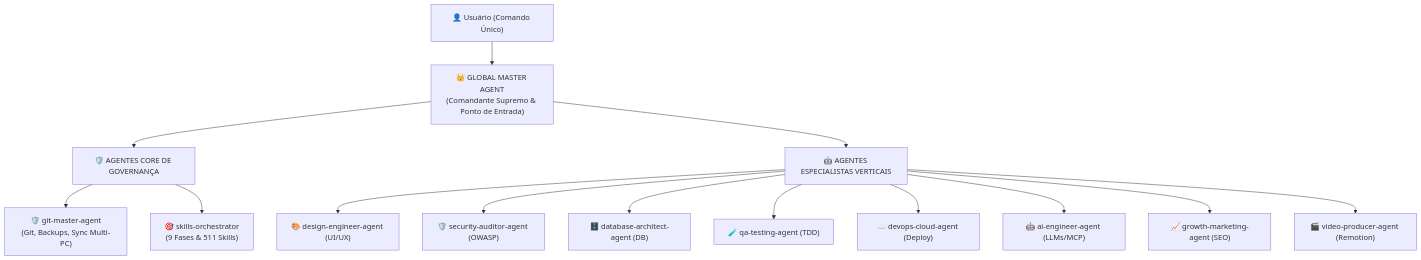
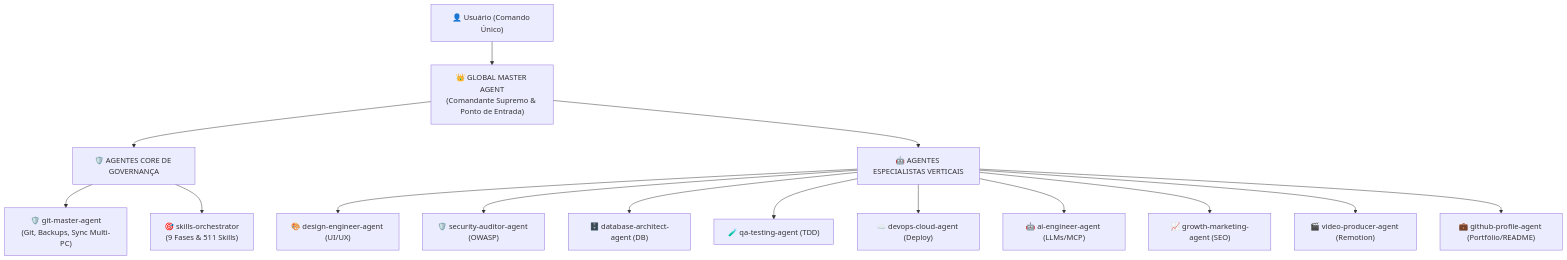
Before and after one commit to Henrique1601/SkiilsToIAs: the diagram in custom-agents/global-master-agent.md, drawn with Mermaid. The commit also changed other lines of this file and 7 other files, not shown here.

Commit message:
feat: add github-profile-agent for profile branding and portfolio optimization

````diff
--- a/custom-agents/global-master-agent.md
+++ b/custom-agents/global-master-agent.md
@@ -37,18 +37,19 @@
 ```mermaid
 flowchart TD
     User["👤 Usuário (Comando Único)"] --> GMA["👑 GLOBAL MASTER AGENT<br/>(Comandante Supremo & Ponto de Entrada)"]
     
     GMA --> GMA_Core["🛡️ AGENTES CORE DE GOVERNANÇA"]
     GMA_Core --> GMA_Git["🛡️ git-master-agent<br/>(Git, Backups, Sync Multi-PC)"]
     GMA_Core --> GMA_Orch["🎯 skills-orchestrator<br/>(9 Fases & 511 Skills)"]
     
     GMA --> GMA_Spec["🤖 AGENTES ESPECIALISTAS VERTICAIS"]
     GMA_Spec --> GMA_UI["🎨 design-engineer-agent (UI/UX)"]
     GMA_Spec --> GMA_Sec["🛡️ security-auditor-agent (OWASP)"]
     GMA_Spec --> GMA_DB["🗄️ database-architect-agent (DB)"]
     GMA_Spec --> GMA_QA["🧪 qa-testing-agent (TDD)"]
     GMA_Spec --> GMA_DevOps["☁️ devops-cloud-agent (Deploy)"]
     GMA_Spec --> GMA_AI["🤖 ai-engineer-agent (LLMs/MCP)"]
     GMA_Spec --> GMA_Growth["📈 growth-marketing-agent (SEO)"]
     GMA_Spec --> GMA_Video["🎬 video-producer-agent (Remotion)"]
+    GMA_Spec --> GMA_Profile["💼 github-profile-agent (Portfólio/README)"]
 ```
````
